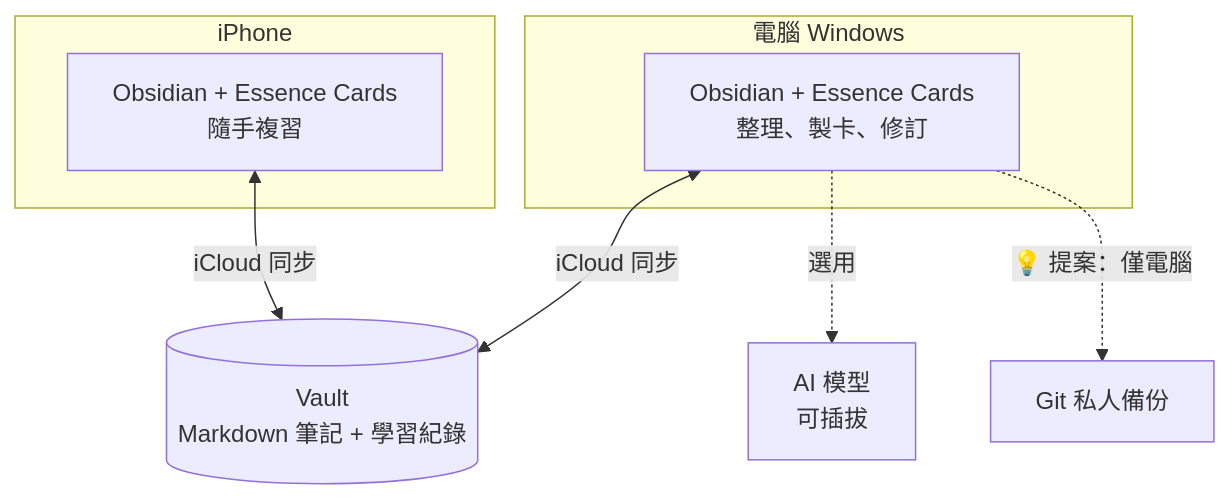
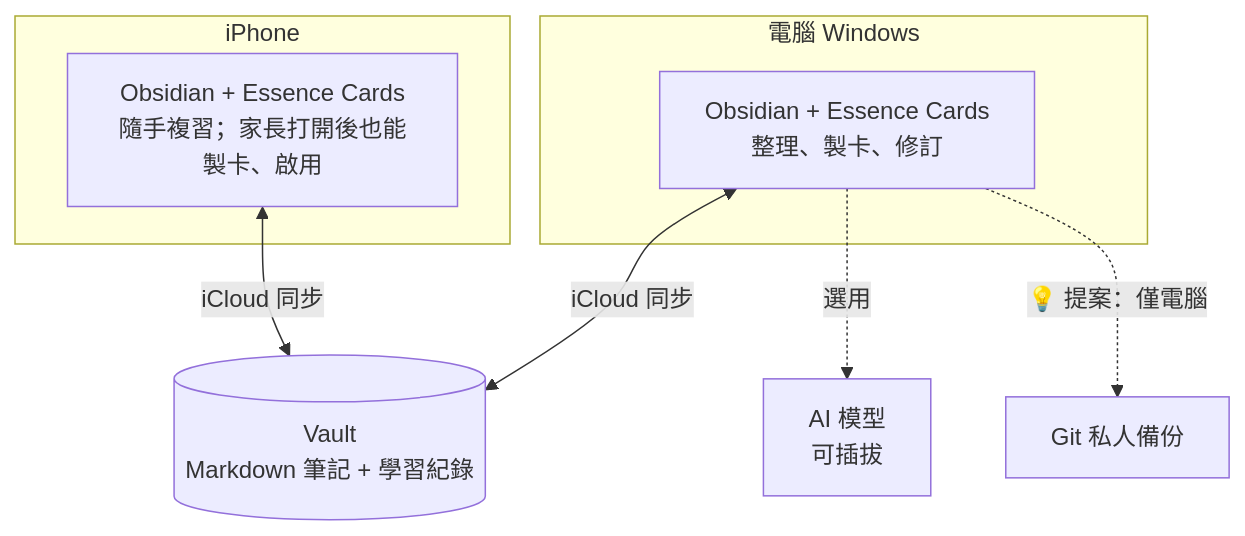
The second of 2 diagrams in apps/Cards/docs/architecture.md (kuohappiness/Essence), drawn with Mermaid before and after one commit. The commit also changed other lines of this file and 5 other files, not shown here.

````diff
--- a/apps/Cards/docs/architecture.md
+++ b/apps/Cards/docs/architecture.md
@@ -79,14 +79,14 @@
 ```mermaid
 flowchart TB
   subgraph PC[電腦 Windows]
     O1[Obsidian + Essence Cards<br/>整理、製卡、修訂]
   end
   subgraph Phone[iPhone]
-    O2[Obsidian + Essence Cards<br/>隨手複習]
+    O2[Obsidian + Essence Cards<br/>隨手複習；家長打開後也能製卡、啟用]
   end
   V[(Vault<br/>Markdown 筆記 + 學習紀錄)]
   O1 <-->|iCloud 同步| V
   O2 <-->|iCloud 同步| V
   O1 -.->|選用| AI[AI 模型<br/>可插拔]
   O1 -.->|💡 提案：僅電腦| G[Git 私人備份]
 ```
````
